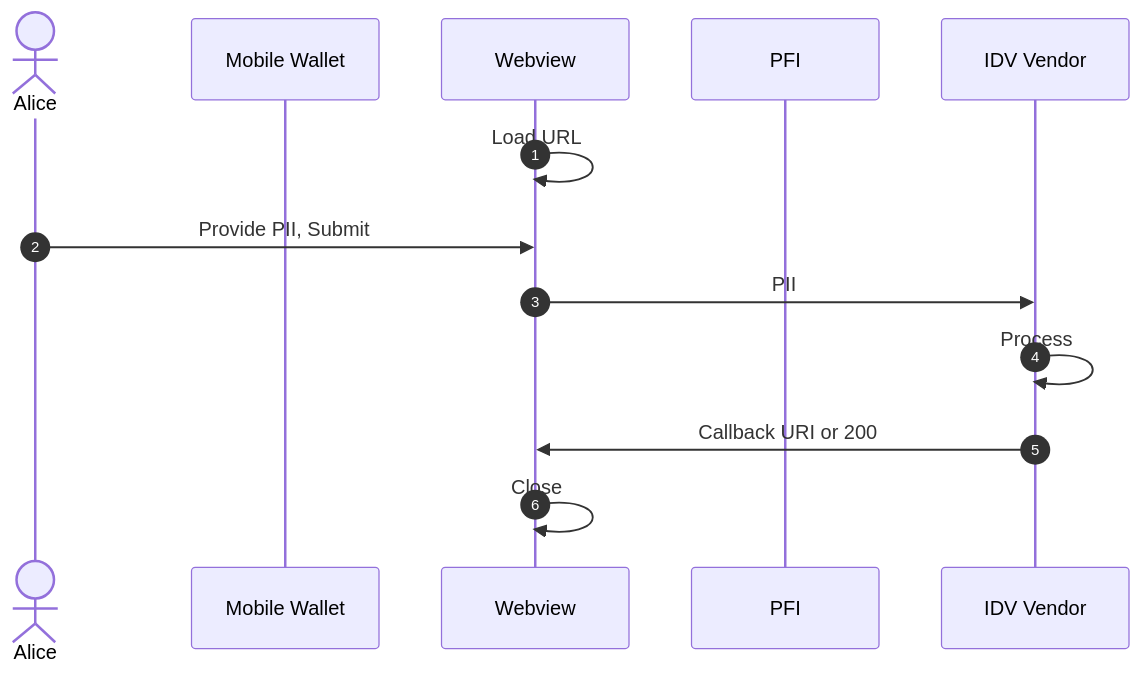
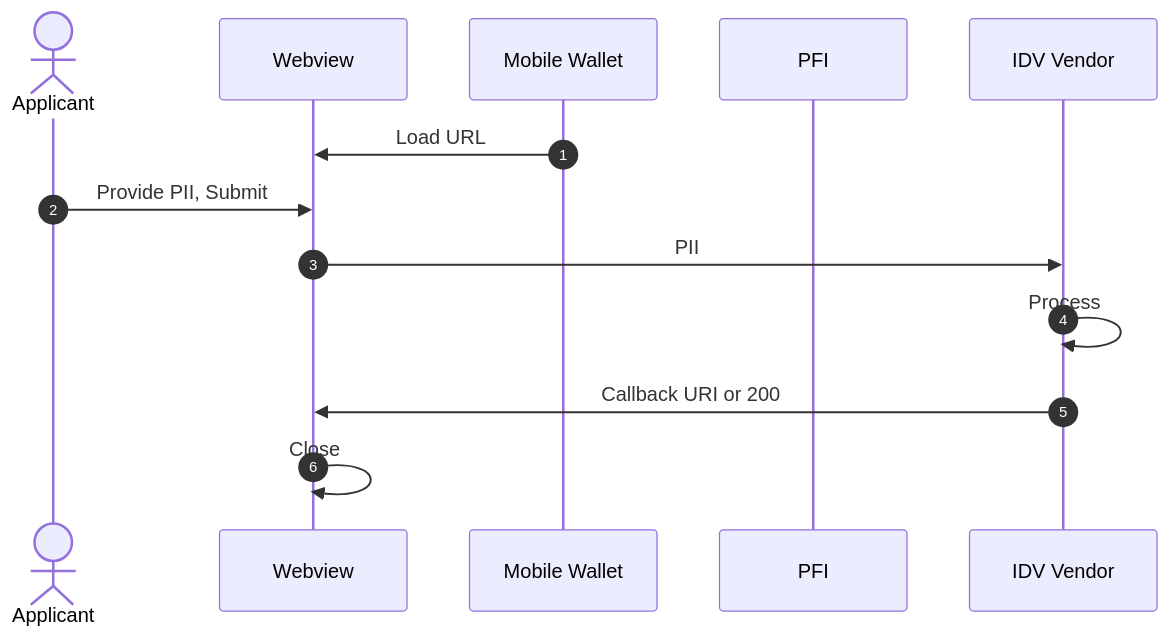
Before and after one commit to TBD54566975/known-customer-credential: the third of 6 diagrams in README.md, drawn with Mermaid. The commit also changed other lines of this file, not shown here.

Commit message:
yet another sequence diagram

````diff
--- a/README.md
+++ b/README.md
@@ -304,18 +356,18 @@
 ```mermaid
 sequenceDiagram
 autonumber
 
-actor A as Alice 
+actor A as Applicant 
+participant W as Webview
 participant D as Mobile Wallet
-participant W as Webview
 participant P as PFI
 participant V as IDV Vendor
 
 
-W->>W: Load URL
+D->>W: Load URL
 A->>W: Provide PII, Submit
 W->>V: PII
 V->>V: Process
 V->>W: Callback URI or 200
 W->>W: Close
 ```
````
